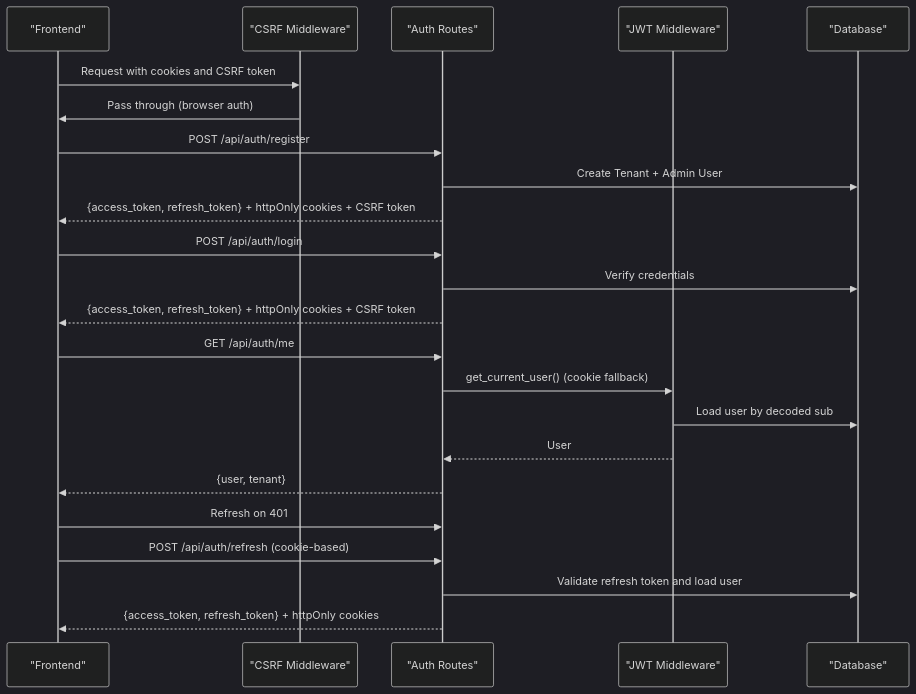
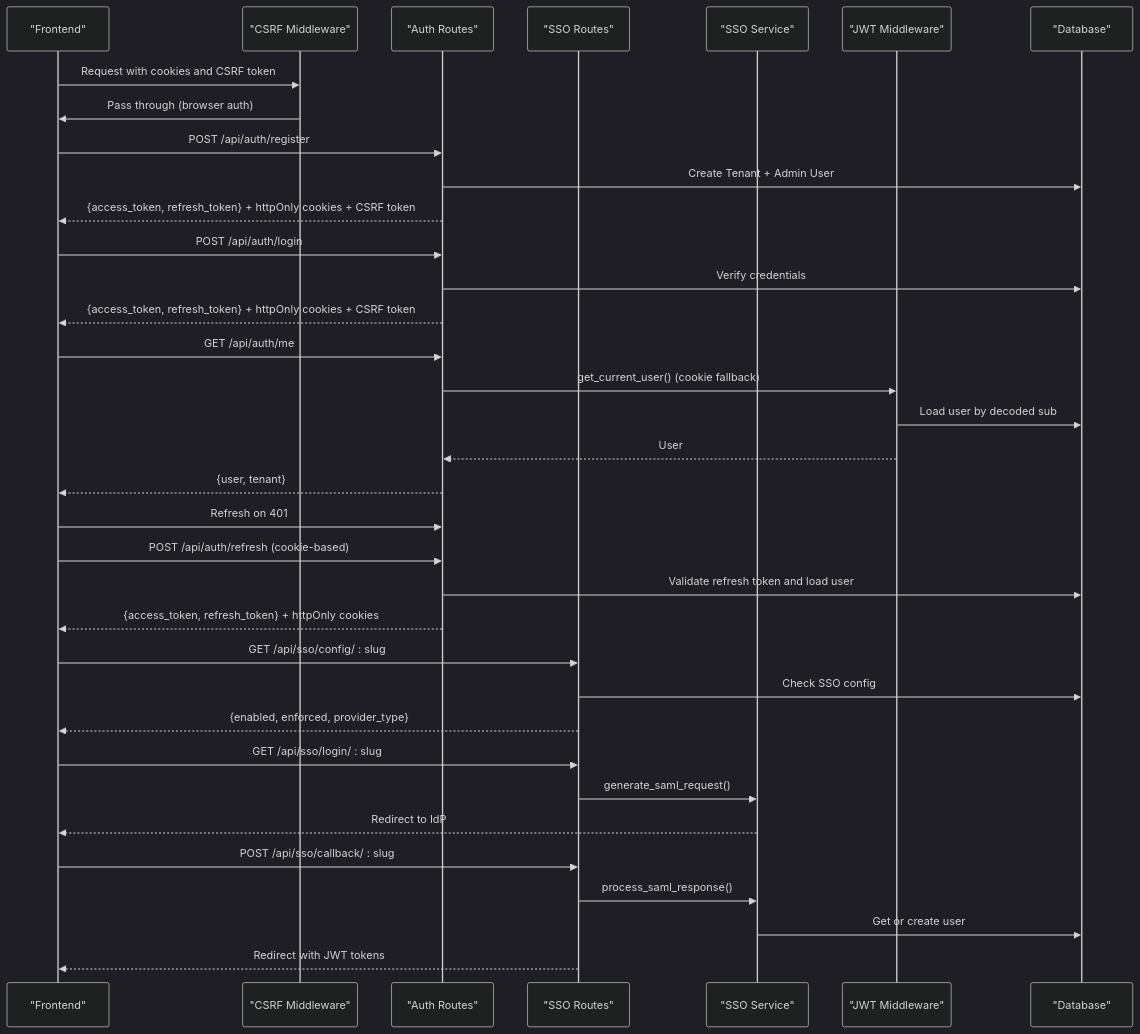
One commit to Revanththetalogics/aireume changed the second of 16 diagrams in .qoder/repowiki/en/content/Authentication & Authorization/Authentication & Authorization.md. Above: the diagram before and after it, drawn with Mermaid (dark theme). The commit also changed other lines of this file and 14 other files, not shown here.

````diff
--- a/.qoder/repowiki/en/content/Authentication & Authorization/Authentication & Authorization.md
+++ b/.qoder/repowiki/en/content/Authentication & Authorization/Authentication & Authorization.md
@@ -158,25 +182,37 @@
 ```mermaid
 sequenceDiagram
 participant FE as "Frontend"
 participant CSRF as "CSRF Middleware"
 participant API as "Auth Routes"
+participant SSO as "SSO Routes"
+participant SSOService as "SSO Service"
 participant MW as "JWT Middleware"
 participant DB as "Database"
 FE->>CSRF : Request with cookies and CSRF token
 CSRF->>FE : Pass through (browser auth)
 FE->>API : POST /api/auth/register
 API->>DB : Create Tenant + Admin User
 API-->>FE : {access_token, refresh_token} + httpOnly cookies + CSRF token
 FE->>API : POST /api/auth/login
 API->>DB : Verify credentials
 API-->>FE : {access_token, refresh_token} + httpOnly cookies + CSRF token
 FE->>API : GET /api/auth/me
 API->>MW : get_current_user() (cookie fallback)
 MW->>DB : Load user by decoded sub
 MW-->>API : User
 API-->>FE : {user, tenant}
 FE->>API : Refresh on 401
 FE->>API : POST /api/auth/refresh (cookie-based)
 API->>DB : Validate refresh token and load user
 API-->>FE : {access_token, refresh_token} + httpOnly cookies
+FE->>SSO : GET /api/sso/config/ : slug
+SSO->>DB : Check SSO config
+SSO-->>FE : {enabled, enforced, provider_type}
+FE->>SSO : GET /api/sso/login/ : slug
+SSO->>SSOService : generate_saml_request()
+SSOService-->>FE : Redirect to IdP
+FE->>SSO : POST /api/sso/callback/ : slug
+SSO->>SSOService : process_saml_response()
+SSOService->>DB : Get or create user
+SSO-->>FE : Redirect with JWT tokens
 ```
````
